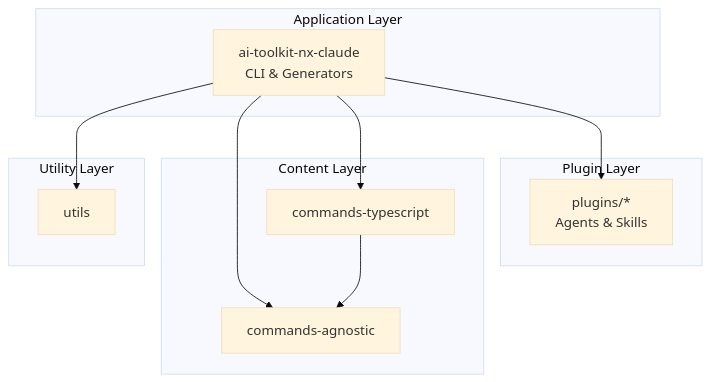
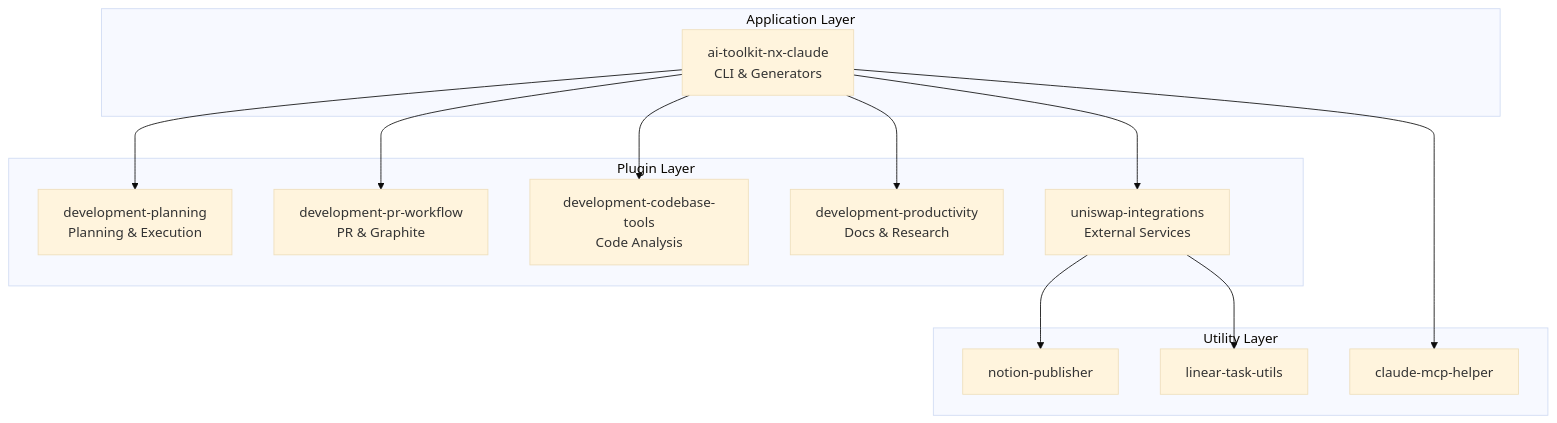
The first of 4 diagrams in docs/readmes/DEVELOPMENT.md (Uniswap/ai-toolkit), drawn with Mermaid (base theme) before and after one commit. The commit also changed other lines of this file and 5 other files, not shown here.

First line of the commit message:
refactor(docs): update documentation to reflect plugin marketplace architecture

````diff
--- a/docs/readmes/DEVELOPMENT.md
+++ b/docs/readmes/DEVELOPMENT.md
@@ -49,26 +49,29 @@
 ```mermaid
 graph TD
     subgraph "Application Layer"
         CLI[ai-toolkit-nx-claude<br/>CLI & Generators]
     end
 
     subgraph "Plugin Layer"
-        PLUGINS[plugins/*<br/>Agents & Skills]
-    end
-
-    subgraph "Content Layer"
-        COMMANDS[commands-agnostic]
-        COMMANDS_TS[commands-typescript]
+        DEV_PLAN[development-planning<br/>Planning & Execution]
+        DEV_PR[development-pr-workflow<br/>PR & Graphite]
+        DEV_CODE[development-codebase-tools<br/>Code Analysis]
+        DEV_PROD[development-productivity<br/>Docs & Research]
+        UNI_INT[uniswap-integrations<br/>External Services]
     end
 
     subgraph "Utility Layer"
-        UTILS[utils]
+        NOTION[notion-publisher]
+        LINEAR[linear-task-utils]
+        MCP[claude-mcp-helper]
     end
 
-    CLI --> PLUGINS
-    CLI --> COMMANDS
-    CLI --> COMMANDS_TS
-    CLI --> UTILS
-
-    COMMANDS_TS --> COMMANDS
+    CLI --> DEV_PLAN
+    CLI --> DEV_PR
+    CLI --> DEV_CODE
+    CLI --> DEV_PROD
+    CLI --> UNI_INT
+    UNI_INT --> NOTION
+    UNI_INT --> LINEAR
+    CLI --> MCP
 ```
````
